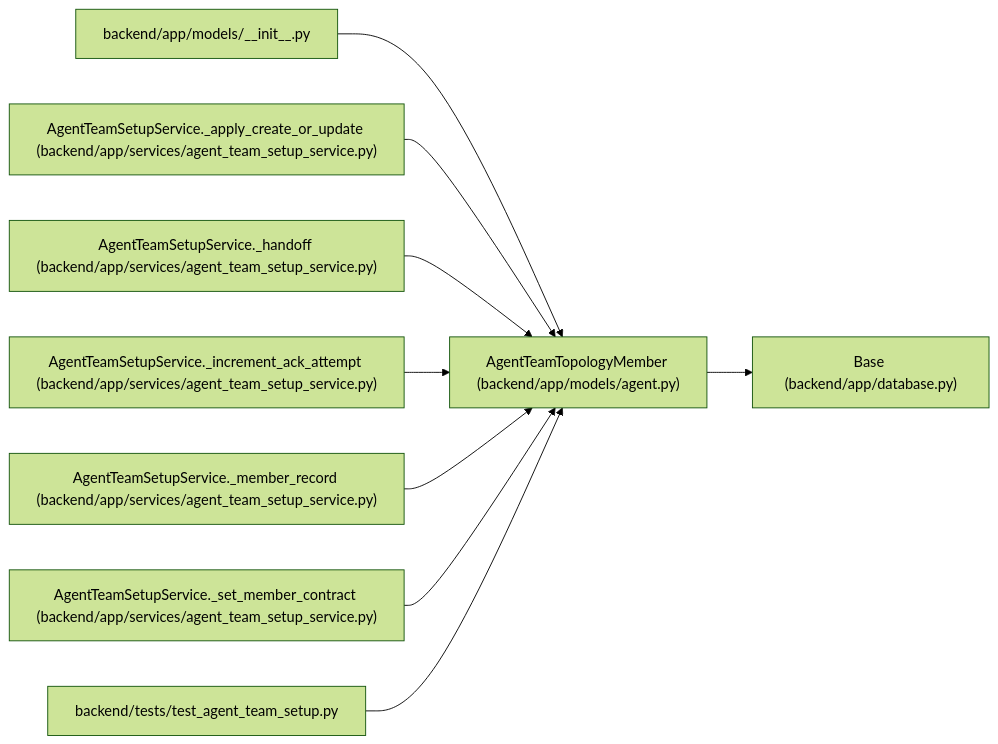
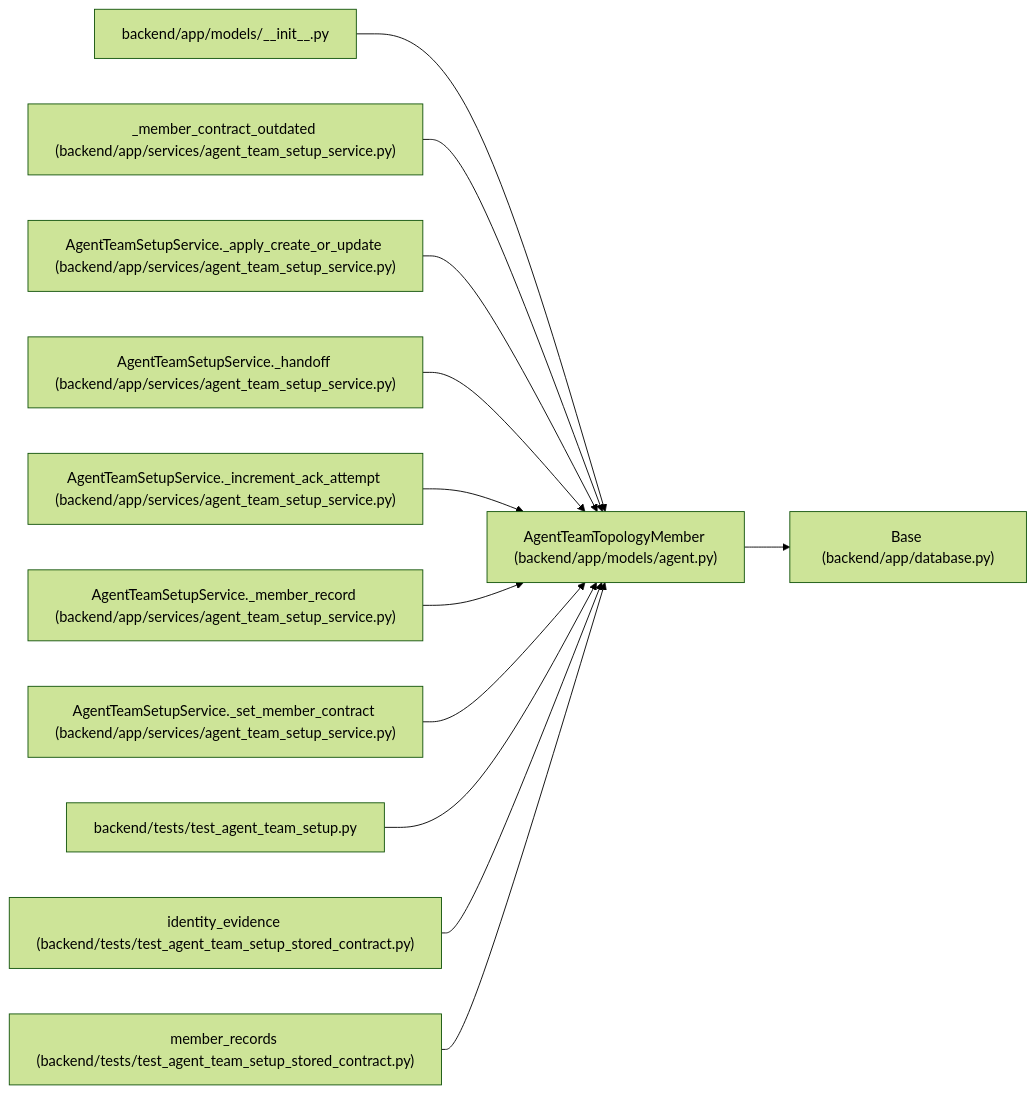
Before and after one commit to Denissvgn/WorkChord: the diagram in docs/llm_wiki/entities/AgentTeamTopologyMember.md, drawn with Mermaid (forest theme). The commit also changed other lines of this file and 829 other files, not shown here.

Commit message:
docs(wiki): refresh for team contracts stored under earlier role rules

````diff
--- a/docs/llm_wiki/entities/AgentTeamTopologyMember.md
+++ b/docs/llm_wiki/entities/AgentTeamTopologyMember.md
@@ -56,29 +56,38 @@
 ```mermaid
 flowchart LR
     n0["AgentTeamTopologyMember (backend/app/models/agent.py)"]
     n1["Base (backend/app/database.py)"]
     n2["backend/app/models/__init__.py"]
-    n3["AgentTeamSetupService._apply_create_or_update (backend/app/services/agent_team_setup_service.py)"]
-    n4["AgentTeamSetupService._handoff (backend/app/services/agent_team_setup_service.py)"]
-    n5["AgentTeamSetupService._increment_ack_attempt (backend/app/services/agent_team_setup_service.py)"]
-    n6["AgentTeamSetupService._member_record (backend/app/services/agent_team_setup_service.py)"]
-    n7["AgentTeamSetupService._set_member_contract (backend/app/services/agent_team_setup_service.py)"]
-    n8["backend/tests/test_agent_team_setup.py"]
+    n3["_member_contract_outdated (backend/app/services/agent_team_setup_service.py)"]
+    n4["AgentTeamSetupService._apply_create_or_update (backend/app/services/agent_team_setup_service.py)"]
+    n5["AgentTeamSetupService._handoff (backend/app/services/agent_team_setup_service.py)"]
+    n6["AgentTeamSetupService._increment_ack_attempt (backend/app/services/agent_team_setup_service.py)"]
+    n7["AgentTeamSetupService._member_record (backend/app/services/agent_team_setup_service.py)"]
+    n8["AgentTeamSetupService._set_member_contract (backend/app/services/agent_team_setup_service.py)"]
+    n9["backend/tests/test_agent_team_setup.py"]
+    n10["identity_evidence (backend/tests/test_agent_team_setup_stored_contract.py)"]
+    n11["member_records (backend/tests/test_agent_team_setup_stored_contract.py)"]
     n0 --> n1
     n2 --> n0
     n3 --> n0
     n4 --> n0
     n5 --> n0
     n6 --> n0
     n7 --> n0
     n8 --> n0
+    n9 --> n0
+    n10 --> n0
+    n11 --> n0
     click n0 "../modules/models_agent.md"
     click n1 "../modules/app_database.md"
     click n2 "../modules/models___init__.md"
     click n3 "../modules/agent_team_setup_service.md"
     click n4 "../modules/agent_team_setup_service.md"
     click n5 "../modules/agent_team_setup_service.md"
     click n6 "../modules/agent_team_setup_service.md"
     click n7 "../modules/agent_team_setup_service.md"
-    click n8 "../modules/test_agent_team_setup.md"
+    click n8 "../modules/agent_team_setup_service.md"
+    click n9 "../modules/test_agent_team_setup.md"
+    click n10 "../modules/test_agent_team_setup_stored_contract.md"
+    click n11 "../modules/test_agent_team_setup_stored_contract.md"
 ```
````
